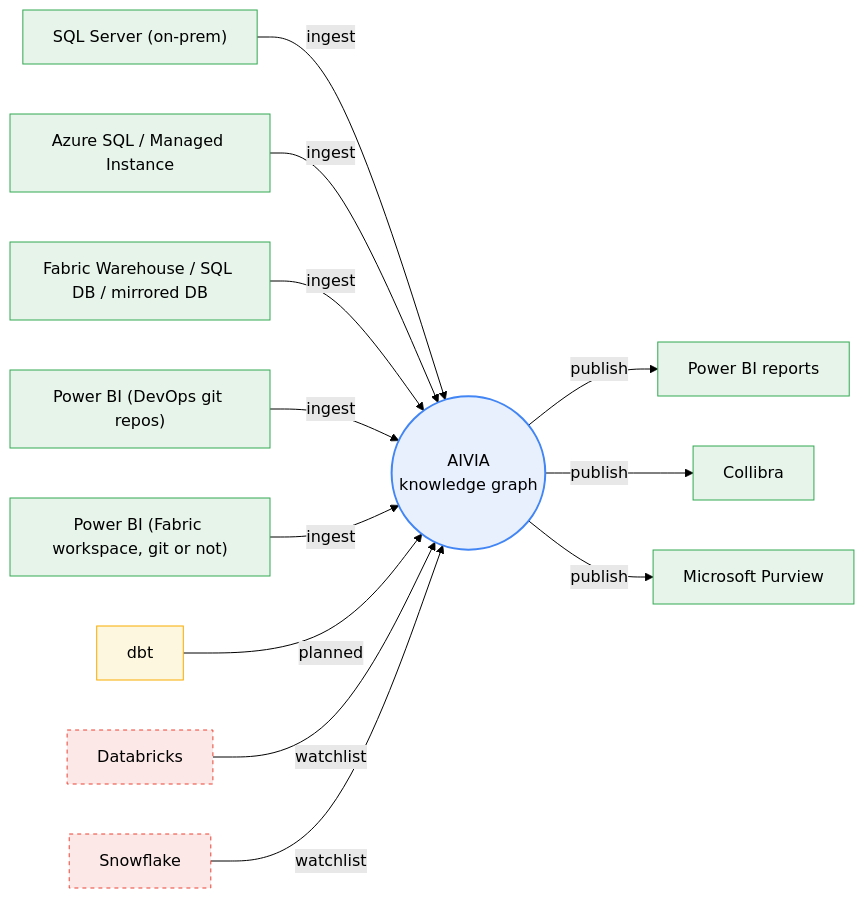
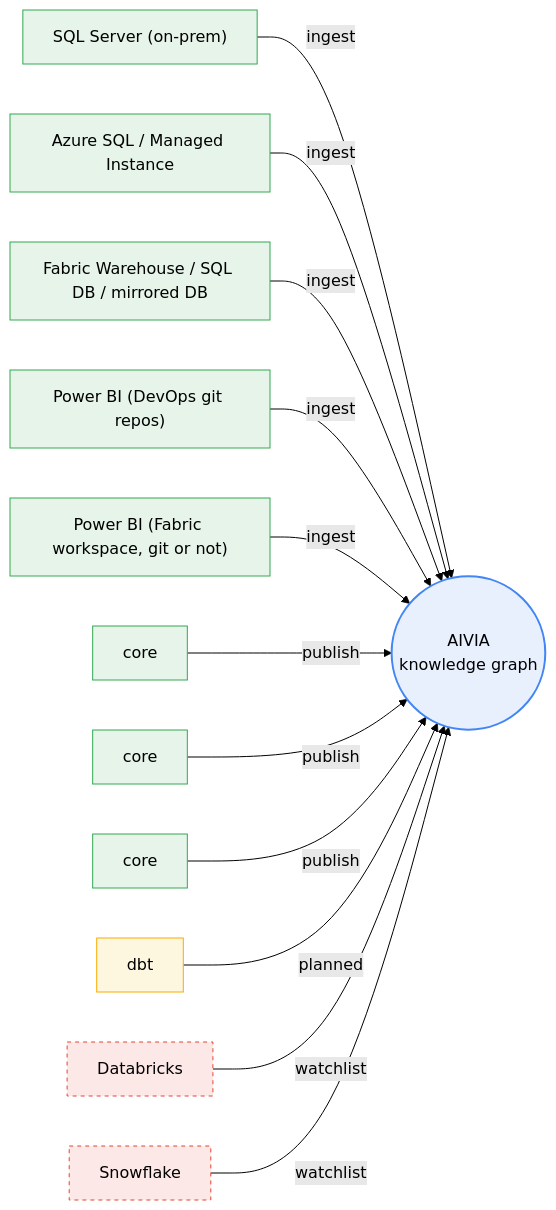
The diagram in docs/architecture/INTEGRATION_MAP.md (sunnyzhengai/sql-query-agent), drawn with Mermaid (forest theme) before and after one commit. The commit also changed other lines of this file and 26 other files, not shown here.

````diff
--- a/docs/architecture/INTEGRATION_MAP.md
+++ b/docs/architecture/INTEGRATION_MAP.md
@@ -13,30 +13,30 @@
 ```mermaid
 flowchart LR
   AIVIA(("AIVIA<br/>knowledge graph")):::core
   T0["SQL Server (on-prem)"]:::shipped
   T0 -->|ingest| AIVIA
   T1["Azure SQL / Managed Instance"]:::shipped
   T1 -->|ingest| AIVIA
   T2["Fabric Warehouse / SQL DB / mirrored DB"]:::shipped
   T2 -->|ingest| AIVIA
   T3["Power BI (DevOps git repos)"]:::shipped
   T3 -->|ingest| AIVIA
   T4["Power BI (Fabric workspace, git or not)"]:::shipped
   T4 -->|ingest| AIVIA
-  T5["Power BI reports"]:::shipped
-  AIVIA -->|publish| T5
-  T6["Collibra"]:::shipped
-  AIVIA -->|publish| T6
-  T7["Microsoft Purview"]:::shipped
-  AIVIA -->|publish| T7
+  T5["core"]:::shipped
+  T5 -->|publish| AIVIA
+  T6["core"]:::shipped
+  T6 -->|publish| AIVIA
+  T7["core"]:::shipped
+  T7 -->|publish| AIVIA
   T8["dbt"]:::planned
   T8 -->|planned| AIVIA
   T9["Databricks"]:::watchlist
   T9 -->|watchlist| AIVIA
   T10["Snowflake"]:::watchlist
   T10 -->|watchlist| AIVIA
   classDef core fill:#e8f0fe,stroke:#4285f4,stroke-width:2px
   classDef shipped fill:#e6f4ea,stroke:#34a853
   classDef planned fill:#fef7e0,stroke:#f9ab00
   classDef watchlist fill:#fce8e6,stroke:#ea4335,stroke-dasharray: 4
 ```
````
